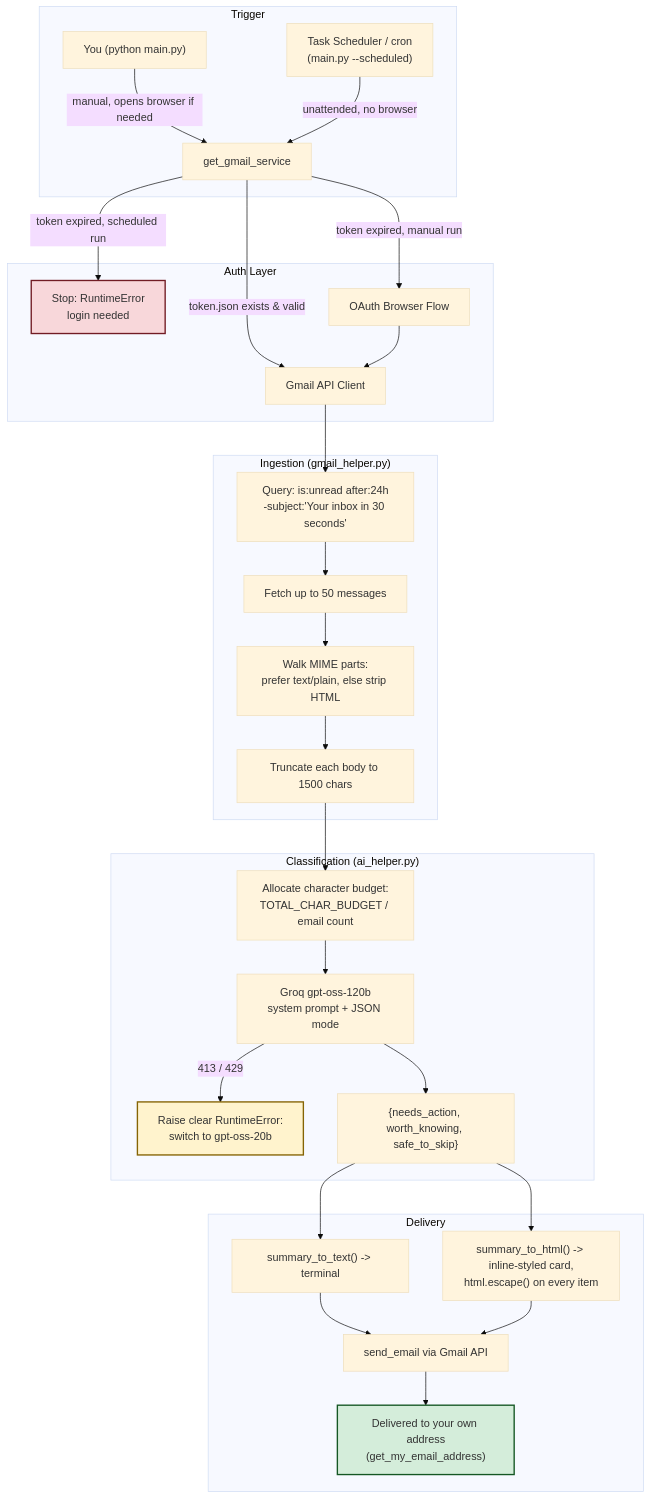
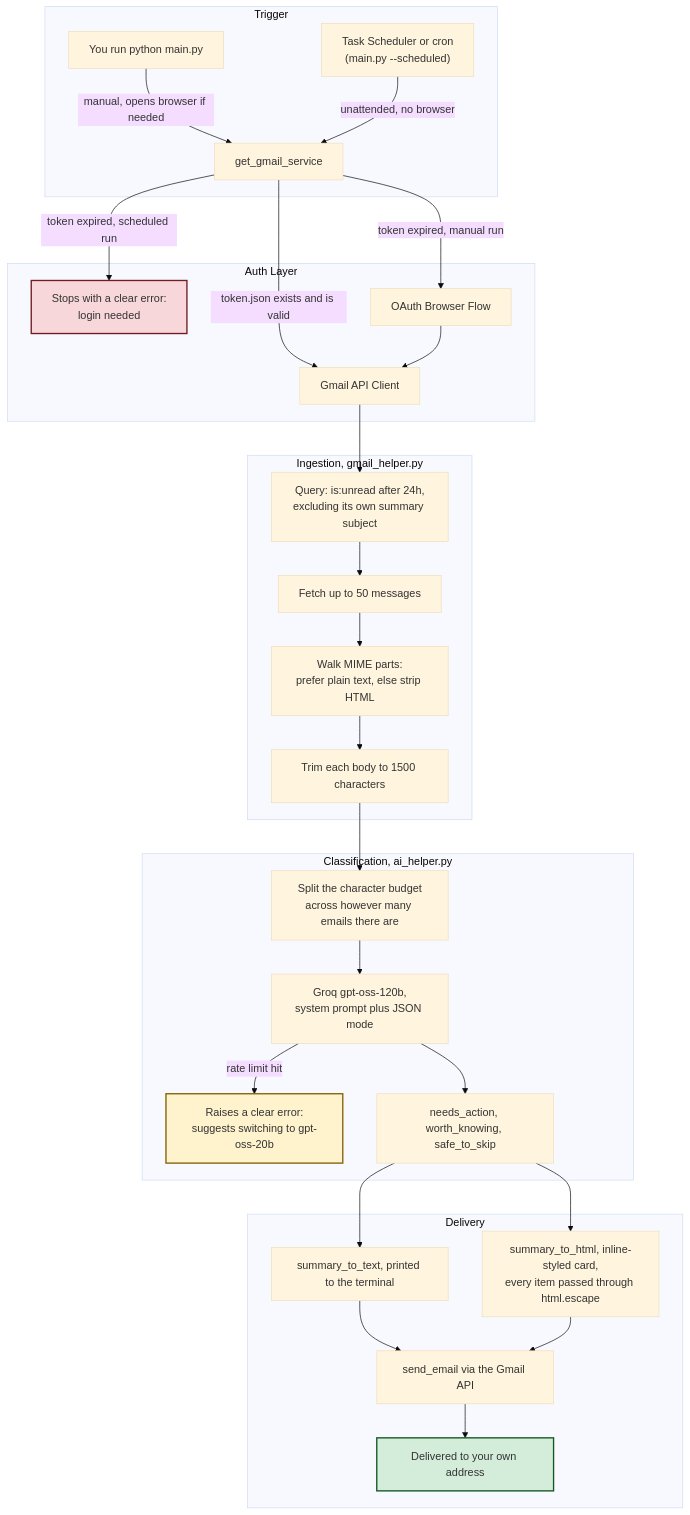
One commit to buildwithranvir/gmail-ai-summarizer changed the second of 4 diagrams in README.md. Above: the diagram before and after it, drawn with Mermaid (base theme). The commit also changed other lines of this file, not shown here.

Commit message:
Rewrite README in plain language, drop emojis and em dashes

````diff
--- a/README.md
+++ b/README.md
@@ -109,39 +109,39 @@
 ```mermaid
 graph TD
     subgraph "Trigger"
-        A["You (python main.py)"] -->|manual, opens browser if needed| C
-        B["Task Scheduler / cron\n(main.py --scheduled)"] -->|unattended, no browser| C
+        A["You run python main.py"] -->|manual, opens browser if needed| C
+        B["Task Scheduler or cron\n(main.py --scheduled)"] -->|unattended, no browser| C
     end
 
     subgraph "Auth Layer"
-        C[get_gmail_service] -->|token.json exists & valid| G[Gmail API Client]
-        C -->|token expired, scheduled run| X["Stop: RuntimeError\nlogin needed"]
+        C[get_gmail_service] -->|token.json exists and is valid| G[Gmail API Client]
+        C -->|token expired, scheduled run| X["Stops with a clear error:\nlogin needed"]
         C -->|token expired, manual run| D[OAuth Browser Flow] --> G
     end
 
-    subgraph "Ingestion (gmail_helper.py)"
-        G --> E["Query: is:unread after:24h\n-subject:'Your inbox in 30 seconds'"]
+    subgraph "Ingestion, gmail_helper.py"
+        G --> E["Query: is:unread after 24h,\nexcluding its own summary subject"]
         E --> F["Fetch up to 50 messages"]
-        F --> H["Walk MIME parts:\nprefer text/plain, else strip HTML"]
-        H --> I["Truncate each body to 1500 chars"]
+        F --> H["Walk MIME parts:\nprefer plain text, else strip HTML"]
+        H --> I["Trim each body to 1500 characters"]
     end
 
-    subgraph "Classification (ai_helper.py)"
-        I --> J["Allocate character budget:\nTOTAL_CHAR_BUDGET / email count"]
-        J --> K["Groq gpt-oss-120b\nsystem prompt + JSON mode"]
-        K -->|"413 / 429"| L["Raise clear RuntimeError:\nswitch to gpt-oss-20b"]
-        K --> M["{needs_action, worth_knowing, safe_to_skip}"]
+    subgraph "Classification, ai_helper.py"
+        I --> J["Split the character budget\nacross however many emails there are"]
+        J --> K["Groq gpt-oss-120b,\nsystem prompt plus JSON mode"]
+        K -->|"rate limit hit"| L["Raises a clear error:\nsuggests switching to gpt-oss-20b"]
+        K --> M["needs_action, worth_knowing, safe_to_skip"]
     end
 
     subgraph "Delivery"
-        M --> N["summary_to_text() -> terminal"]
-        M --> O["summary_to_html() -> inline-styled card,\nhtml.escape() on every item"]
-        N --> P[send_email via Gmail API]
+        M --> N["summary_to_text, printed to the terminal"]
+        M --> O["summary_to_html, inline-styled card,\nevery item passed through html.escape"]
+        N --> P[send_email via the Gmail API]
         O --> P
-        P --> Q["Delivered to your own address\n(get_my_email_address)"]
+        P --> Q["Delivered to your own address"]
     end
 
     style X fill:#f8d7da,stroke:#721c24,stroke-width:2px
     style L fill:#fff3cd,stroke:#856404,stroke-width:2px
     style Q fill:#d4edda,stroke:#155724,stroke-width:2px
 ```
````
